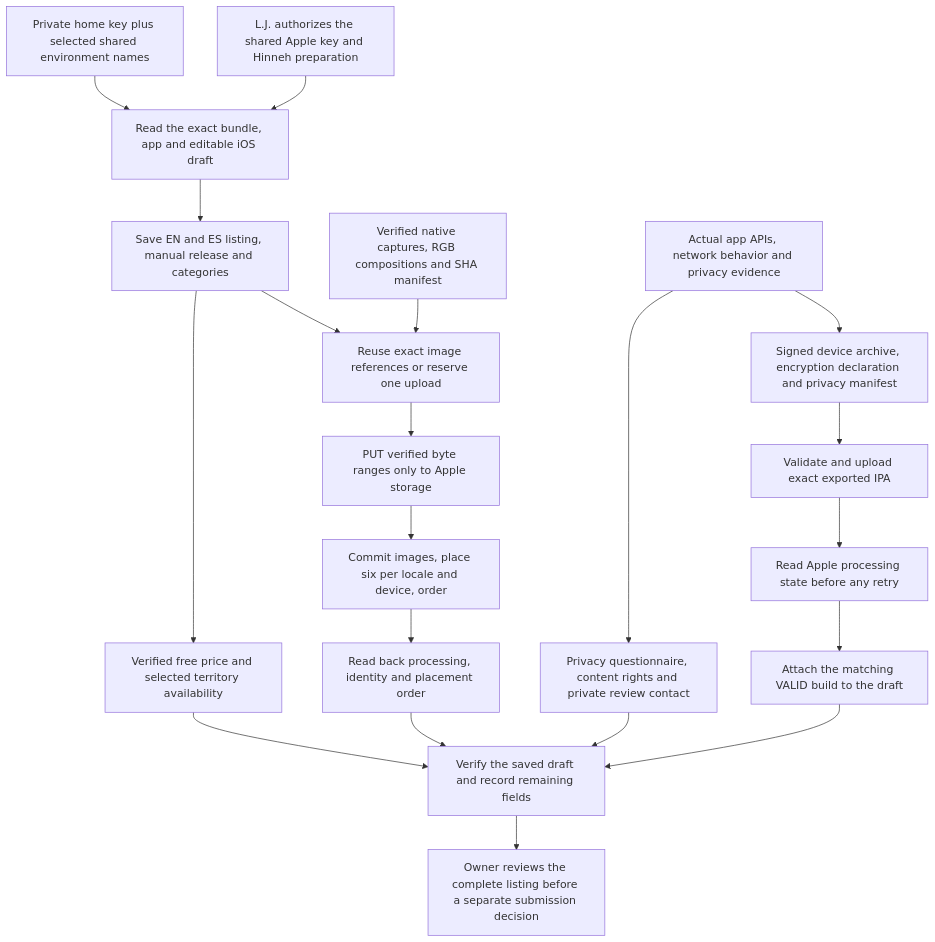
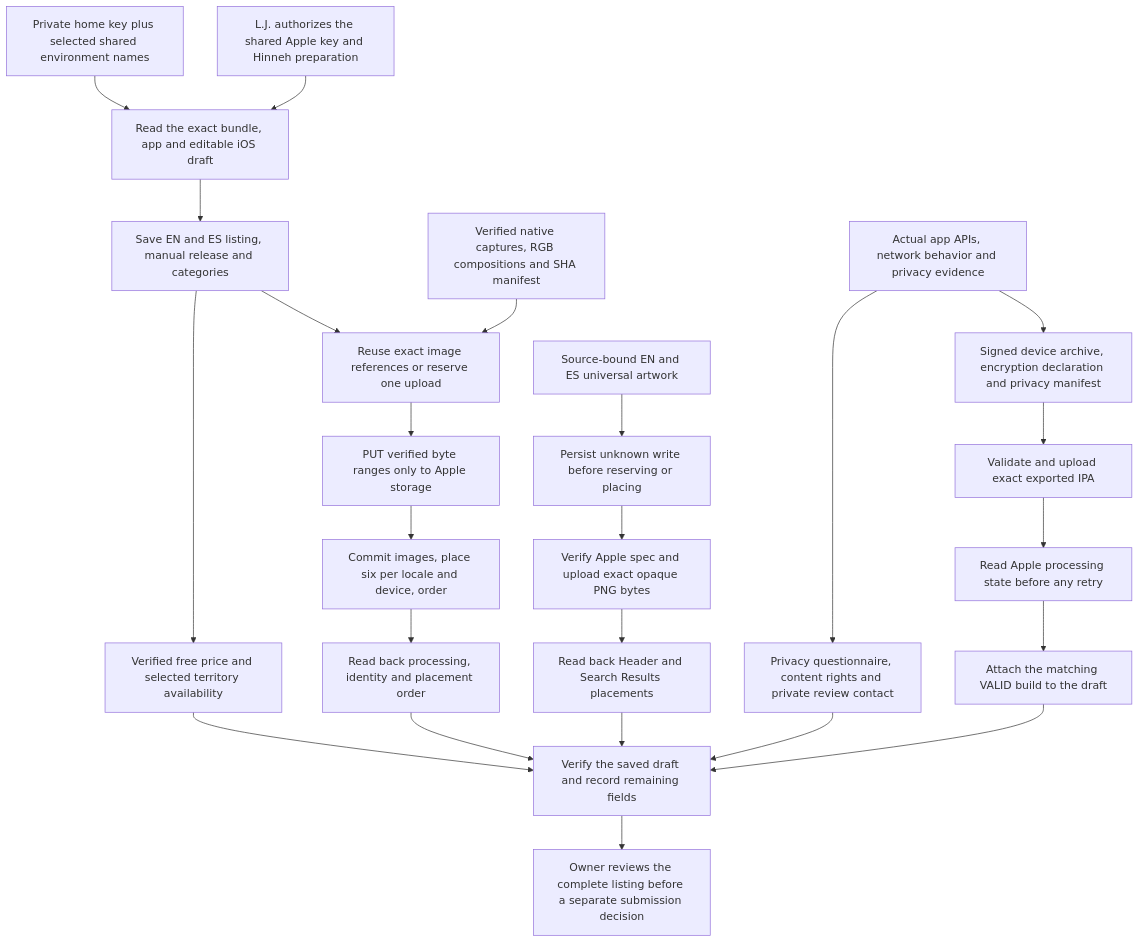
One commit to loveJesus/visual-biblical-language-reader-chirho changed the diagram in spec-chirho/workflows-chirho/native-chirho/store-connect-chirho.md. Above: the diagram before and after it, drawn with Mermaid. The commit also changed other lines of this file and 12 other files, not shown here.

Commit message:
Prepare store creative assets and policy-linked iOS build chirho

````diff
--- a/spec-chirho/workflows-chirho/native-chirho/store-connect-chirho.md
+++ b/spec-chirho/workflows-chirho/native-chirho/store-connect-chirho.md
@@ -5,22 +5,26 @@
 ```mermaid
 flowchart TD
   authority_chirho[L.J. authorizes the shared Apple key and Hinneh preparation] --> inspect_chirho[Read the exact bundle, app and editable iOS draft]
   key_chirho[Private home key plus selected shared environment names] --> inspect_chirho
   inspect_chirho --> metadata_chirho[Save EN and ES listing, manual release and categories]
   assets_chirho[Verified native captures, RGB compositions and SHA manifest] --> reserve_chirho[Reuse exact image references or reserve one upload]
   metadata_chirho --> reserve_chirho
   reserve_chirho --> upload_chirho[PUT verified byte ranges only to Apple storage]
   upload_chirho --> commit_chirho[Commit images, place six per locale and device, order]
   commit_chirho --> images_chirho[Read back processing, identity and placement order]
   source_chirho[Actual app APIs, network behavior and privacy evidence] --> archive_chirho[Signed device archive, encryption declaration and privacy manifest]
   archive_chirho --> validate_chirho[Validate and upload exact exported IPA]
   validate_chirho --> reconcile_chirho[Read Apple processing state before any retry]
   reconcile_chirho --> attach_chirho[Attach the matching VALID build to the draft]
   source_chirho --> forms_chirho[Privacy questionnaire, content rights and private review contact]
   metadata_chirho --> free_chirho[Verified free price and selected territory availability]
   images_chirho --> draft_chirho[Verify the saved draft and record remaining fields]
+  creative_chirho[Source-bound EN and ES universal artwork] --> creative_journal_chirho[Persist unknown write before reserving or placing]
+  creative_journal_chirho --> creative_upload_chirho[Verify Apple spec and upload exact opaque PNG bytes]
+  creative_upload_chirho --> creative_readback_chirho[Read back Header and Search Results placements]
+  creative_readback_chirho --> draft_chirho
   attach_chirho --> draft_chirho
   forms_chirho --> draft_chirho
   free_chirho --> draft_chirho
   draft_chirho --> owner_chirho[Owner reviews the complete listing before a separate submission decision]
 ```
````
